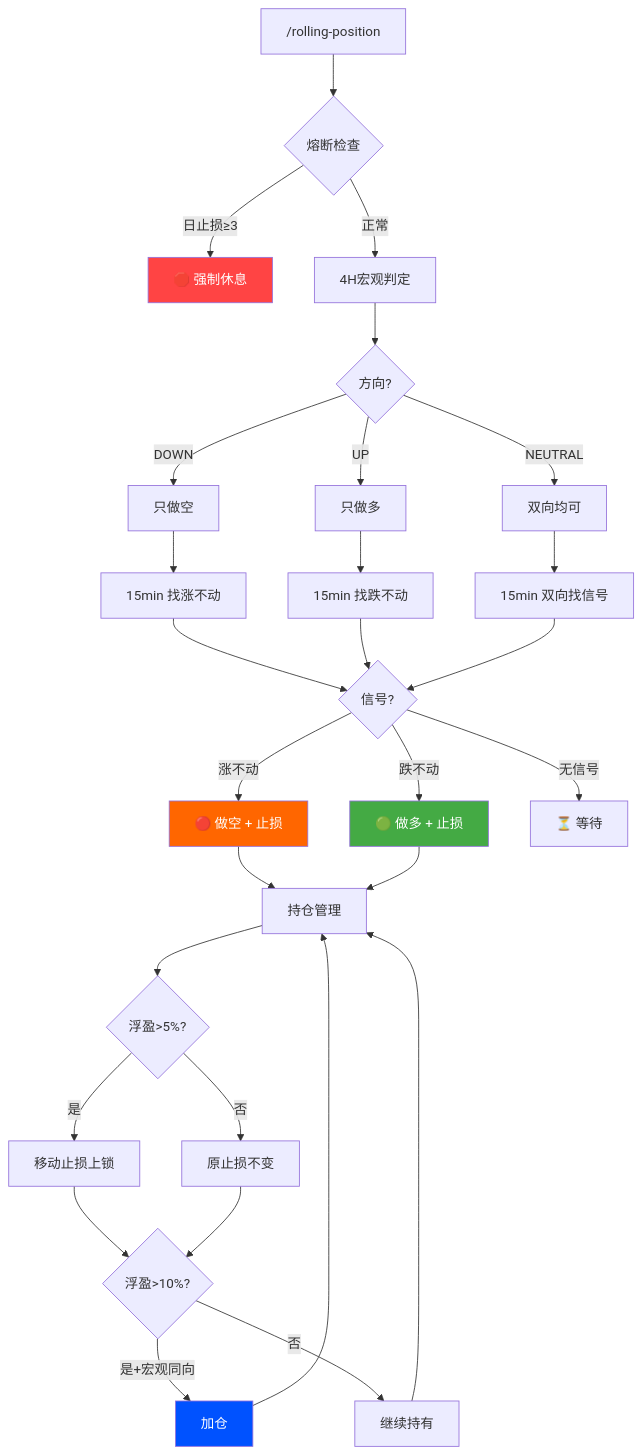
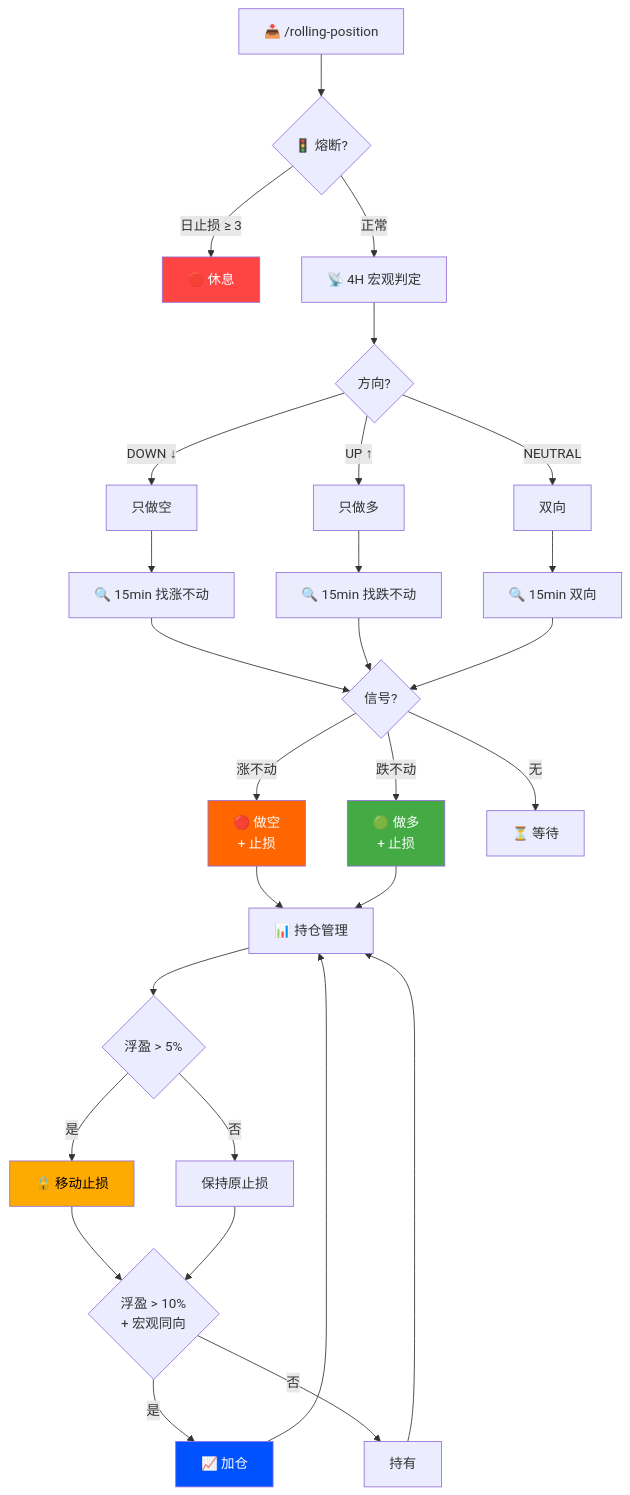
The diagram in README.md (kime2026/rolling-position-mgbx), drawn with Mermaid before and after one commit. The commit also changed other lines of this file and 1 other file, not shown here.

````diff
--- a/README.md
+++ b/README.md
@@ -34,44 +54,42 @@
 ```mermaid
 flowchart TD
-    A["/rolling-position"] --> B{熔断检查}
-    B -->|"日止损≥3"| Z["🛑 强制休息"]
-    B -->|正常| C["4H宏观判定"]
+    A["📥 /rolling-position"] --> B{"🚦 熔断?"}
+    B -->|"日止损 ≥ 3"| Z["🛑 休息"]
+    B -->|"正常"| C["📡 4H 宏观判定"]
+
     C --> D{"方向?"}
+    D -->|"DOWN ↓"| E["只做空"]
+    D -->|"UP ↑"| F["只做多"]
+    D -->|"NEUTRAL"| G["双向"]
 
-    D -->|DOWN| E["只做空"]
-    D -->|UP| F["只做多"]
-    D -->|NEUTRAL| G["双向均可"]
+    E --> H["🔍 15min 找涨不动"]
+    F --> I["🔍 15min 找跌不动"]
+    G --> J["🔍 15min 双向"]
 
-    E --> H["15min 找涨不动"]
-    F --> I["15min 找跌不动"]
-    G --> J["15min 双向找信号"]
-
-    H --> K{信号?}
+    H --> K{"信号?"}
     I --> K
     J --> K
 
-    K -->|涨不动| L["🔴 做空 + 止损"]
-    K -->|跌不动| M["🟢 做多 + 止损"]
-    K -->|无信号| N["⏳ 等待"]
+    K -->|"涨不动"| L["🔴 做空<br/>+ 止损"]
+    K -->|"跌不动"| M["🟢 做多<br/>+ 止损"]
+    K -->|"无"| N["⏳ 等待"]
 
-    L --> O["持仓管理"]
+    L --> O["📊 持仓管理"]
     M --> O
 
-    O --> P{浮盈>5%?}
-    P -->|是| Q["移动止损上锁"]
-    P -->|否| R["原止损不变"]
-
-    Q --> S{浮盈>10%?}
+    O --> P{"浮盈 > 5%"}
+    P -->|"是"| Q["🔒 移动止损"]
+    P -->|"否"| R["保持原止损"]
+    Q --> S{"浮盈 > 10%<br/>+ 宏观同向"}
     R --> S
-
-    S -->|是+宏观同向| T["加仓"]
-    S -->|否| U["继续持有"]
-
+    S -->|"是"| T["📈 加仓"]
+    S -->|"否"| U["持有"]
     T --> O
     U --> O
 
     style Z fill:#ff4444,color:#fff
     style L fill:#ff6600,color:#fff
     style M fill:#44aa44,color:#fff
     style T fill:#0052FF,color:#fff
+    style Q fill:#ffaa00,color:#000
 ```
````
